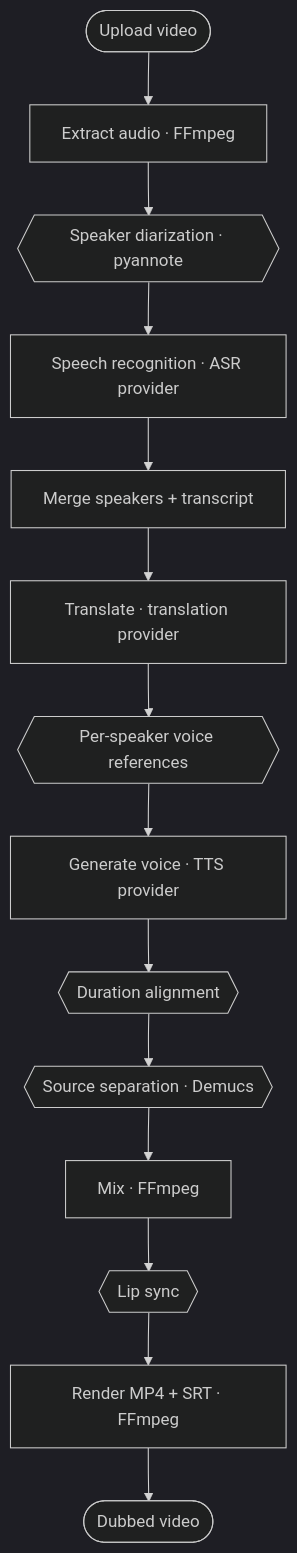
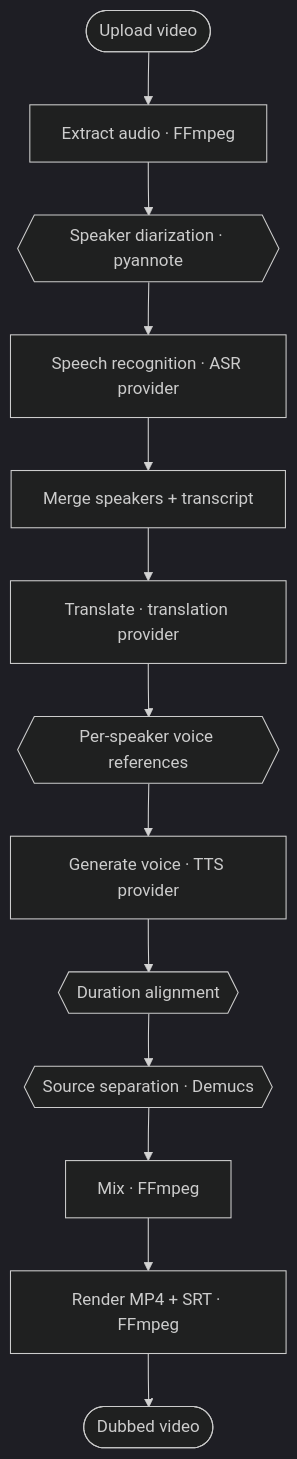
Before and after one commit to huynhphatloi/MultilingualVideoDubbingSystem: the diagram in README.md, drawn with Mermaid (dark theme). The commit also changed other lines of this file and 23 other files, not shown here.

First line of the commit message:
Remove lip sync functionality and related components

````diff
--- a/README.md
+++ b/README.md
@@ -39,16 +40,15 @@
 ```mermaid
 flowchart TD
     U([Upload video]) --> EX[Extract audio · FFmpeg]
     EX --> DI{{Speaker diarization · pyannote}}
     DI --> AR[Speech recognition · ASR provider]
     AR --> MG[Merge speakers + transcript]
     MG --> TR[Translate · translation provider]
     TR --> VR{{Per-speaker voice references}}
     VR --> SY[Generate voice · TTS provider]
     SY --> AL{{Duration alignment}}
     AL --> SP{{Source separation · Demucs}}
     SP --> MX[Mix · FFmpeg]
-    MX --> LS{{Lip sync}}
-    LS --> RD[Render MP4 + SRT · FFmpeg]
+    MX --> RD[Render MP4 + SRT · FFmpeg]
     RD --> OUT([Dubbed video])
 ```
````
